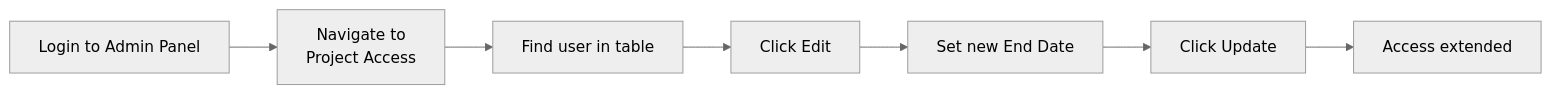
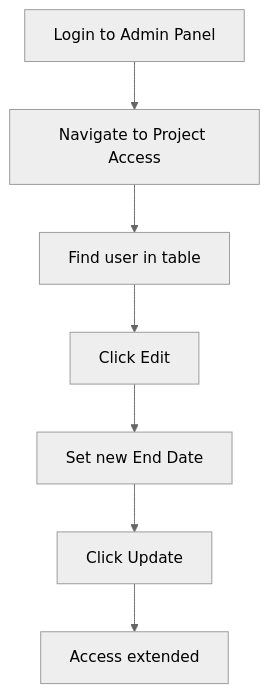
One commit to ColfaxResearch/cxpn-admin-readthedocs changed the third of 7 diagrams in docs/source/workflow-examples.rst. Above: the diagram before and after it, drawn with Mermaid (neutral theme). The commit also changed other lines of this file, not shown here.

Commit message:
switch workflow diagrams from horizontal to vertical layout

```diff
--- a/docs/source/workflow-examples.rst
+++ b/docs/source/workflow-examples.rst
@@ -53,9 +53,9 @@
 .. mermaid::
 
-   graph LR
-       A[Login to Admin Panel] --> B[Navigate to<br>Project Access]
+   graph TD
+       A[Login to Admin Panel] --> B[Navigate to Project Access]
        B --> C[Find user in table]
        C --> D[Click Edit]
        D --> E[Set new End Date]
        E --> F[Click Update]
        F --> G[Access extended]
```
